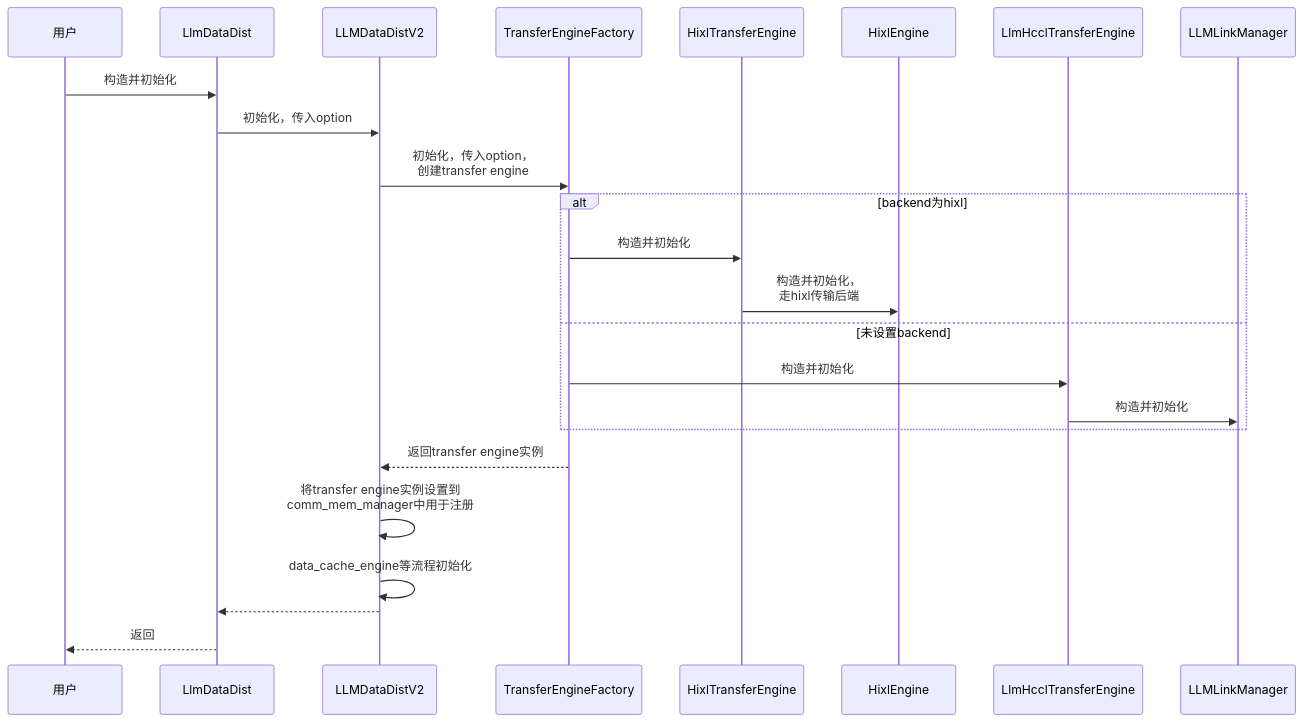
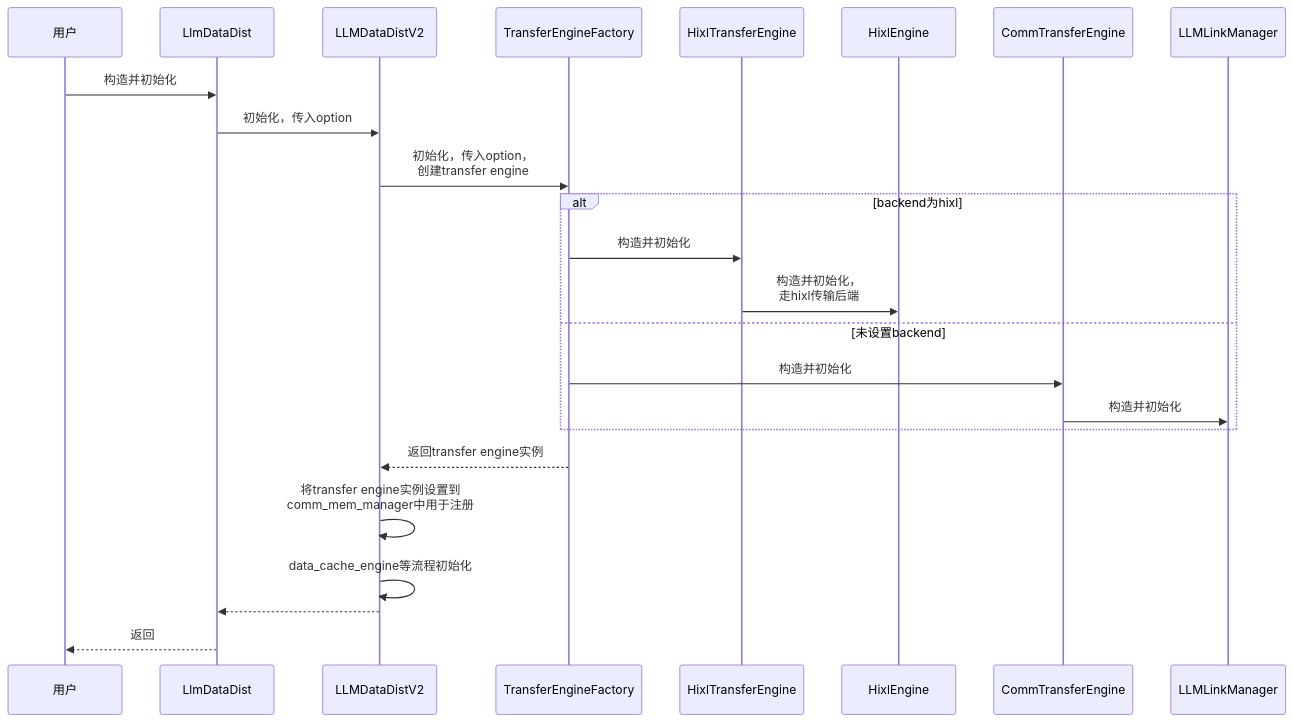
Before and after one commit to hicann/hixl: the third of 6 diagrams in docs/zh/design/llm-datadist_supporting_the_hixl_transfer_backend.md, drawn with Mermaid. The commit also changed other lines of this file and 51 other files, not shown here.

First paragraph of the commit message:
[refactor]: rename llm_datadist LlmHccl/adapter_hccl to Comm/comm_adapter

````diff
--- a/docs/zh/design/llm-datadist_supporting_the_hixl_transfer_backend.md
+++ b/docs/zh/design/llm-datadist_supporting_the_hixl_transfer_backend.md
@@ -220,18 +220,18 @@
 ```mermaid
 sequenceDiagram
   用户 ->> LlmDataDist: 构造并初始化
   LlmDataDist ->> LLMDataDistV2: 初始化，传入option
   LLMDataDistV2 ->> TransferEngineFactory: 初始化，传入option，<br>创建transfer engine
   alt backend为hixl
     TransferEngineFactory ->> HixlTransferEngine: 构造并初始化
     HixlTransferEngine ->> HixlEngine: 构造并初始化，<br>走hixl传输后端
   else 未设置backend
-    TransferEngineFactory ->> LlmHcclTransferEngine: 构造并初始化
-    LlmHcclTransferEngine ->> LLMLinkManager: 构造并初始化
+    TransferEngineFactory ->> CommTransferEngine: 构造并初始化
+    CommTransferEngine ->> LLMLinkManager: 构造并初始化
   end
   TransferEngineFactory -->> LLMDataDistV2: 返回transfer engine实例
   LLMDataDistV2 ->> LLMDataDistV2: 将transfer engine实例设置到<br>comm_mem_manager中用于注册
   LLMDataDistV2 ->> LLMDataDistV2: data_cache_engine等流程初始化
   LLMDataDistV2 -->> LlmDataDist:
   LlmDataDist -->> 用户: 返回
 ```
````
